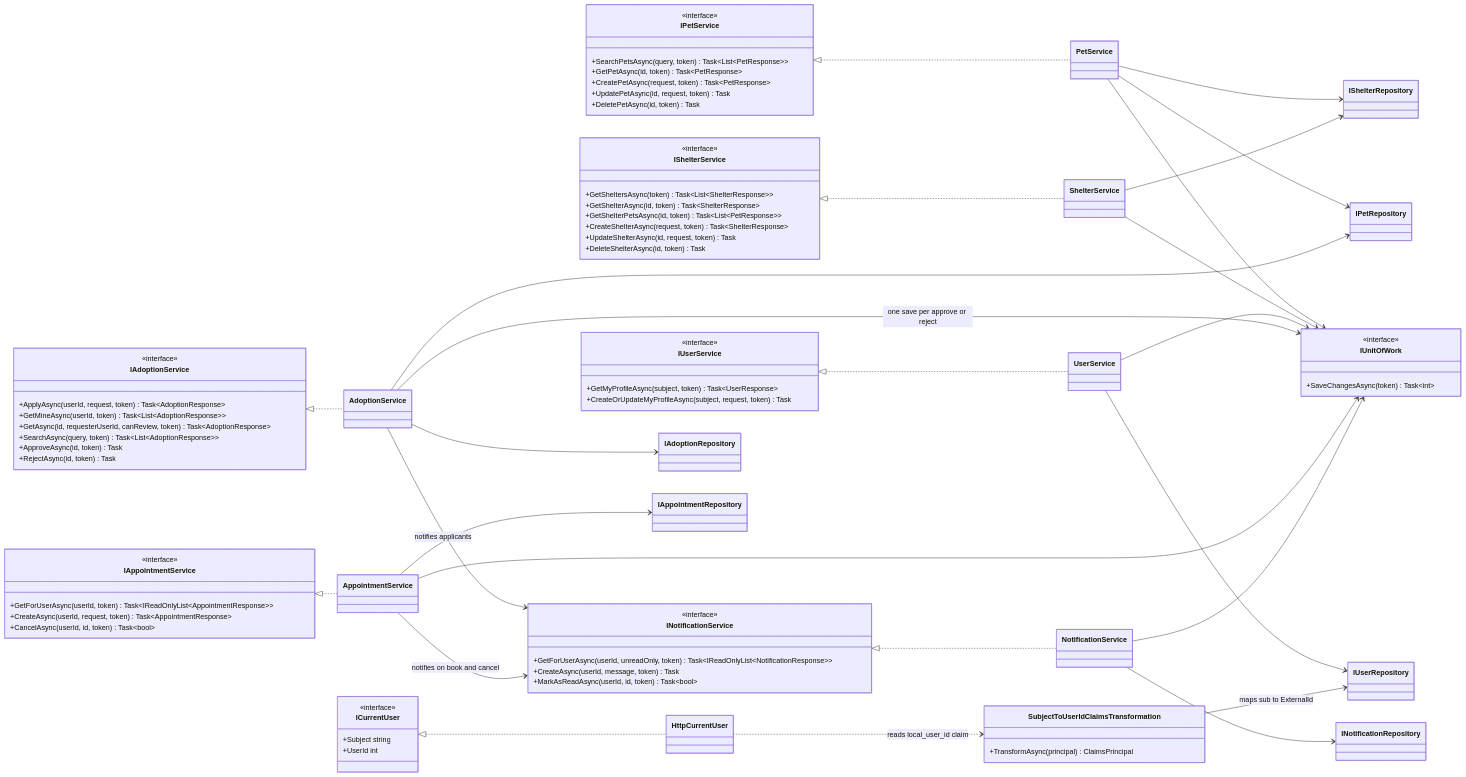
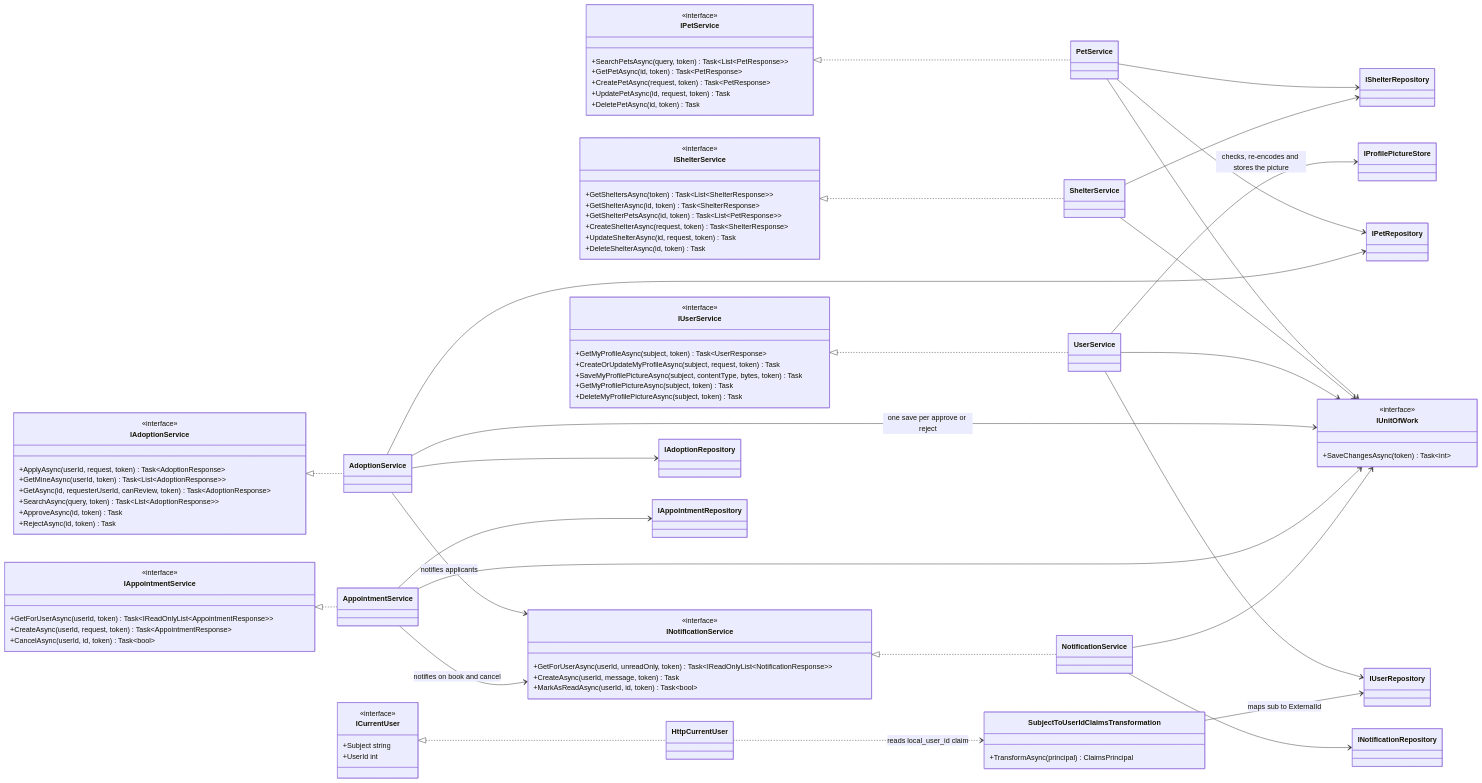
Before and after one commit to AidinYaseri/Team-5-Web-Programming: the diagram in docs/diagrams/services-class-diagram.mmd, drawn with Mermaid. The commit also changed 7 other files, not shown here.

Commit message:
#43: update README, auth.md and diagrams for Milestone 4

```diff
--- a/docs/diagrams/services-class-diagram.mmd
+++ b/docs/diagrams/services-class-diagram.mmd
@@ -1,85 +1,89 @@
 classDiagram
     direction LR
 
     class IPetService {
         <<interface>>
         +SearchPetsAsync(query, token) Task~List~PetResponse~~
         +GetPetAsync(id, token) Task~PetResponse~
         +CreatePetAsync(request, token) Task~PetResponse~
         +UpdatePetAsync(id, request, token) Task
         +DeletePetAsync(id, token) Task
     }
     class IShelterService {
         <<interface>>
         +GetSheltersAsync(token) Task~List~ShelterResponse~~
         +GetShelterAsync(id, token) Task~ShelterResponse~
         +GetShelterPetsAsync(id, token) Task~List~PetResponse~~
         +CreateShelterAsync(request, token) Task~ShelterResponse~
         +UpdateShelterAsync(id, request, token) Task
         +DeleteShelterAsync(id, token) Task
     }
     class IUserService {
         <<interface>>
         +GetMyProfileAsync(subject, token) Task~UserResponse~
         +CreateOrUpdateMyProfileAsync(subject, request, token) Task
+        +SaveMyProfilePictureAsync(subject, contentType, bytes, token) Task
+        +GetMyProfilePictureAsync(subject, token) Task
+        +DeleteMyProfilePictureAsync(subject, token) Task
     }
     class IAdoptionService {
         <<interface>>
         +ApplyAsync(userId, request, token) Task~AdoptionResponse~
         +GetMineAsync(userId, token) Task~List~AdoptionResponse~~
         +GetAsync(id, requesterUserId, canReview, token) Task~AdoptionResponse~
         +SearchAsync(query, token) Task~List~AdoptionResponse~~
         +ApproveAsync(id, token) Task
         +RejectAsync(id, token) Task
     }
     class IAppointmentService {
         <<interface>>
         +GetForUserAsync(userId, token) Task~IReadOnlyList~AppointmentResponse~~
         +CreateAsync(userId, request, token) Task~AppointmentResponse~
         +CancelAsync(userId, id, token) Task~bool~
     }
     class INotificationService {
         <<interface>>
         +GetForUserAsync(userId, unreadOnly, token) Task~IReadOnlyList~NotificationResponse~~
         +CreateAsync(userId, message, token) Task
         +MarkAsReadAsync(userId, id, token) Task~bool~
     }
     class ICurrentUser {
         <<interface>>
         +Subject string
         +UserId int
     }
     class SubjectToUserIdClaimsTransformation {
         +TransformAsync(principal) ClaimsPrincipal
     }
     class IUnitOfWork {
         <<interface>>
         +SaveChangesAsync(token) Task~int~
     }
 
     IPetService <|.. PetService
     IShelterService <|.. ShelterService
     IUserService <|.. UserService
     IAdoptionService <|.. AdoptionService
     IAppointmentService <|.. AppointmentService
     INotificationService <|.. NotificationService
     ICurrentUser <|.. HttpCurrentUser
 
     PetService --> IPetRepository
     PetService --> IShelterRepository
     ShelterService --> IShelterRepository
     UserService --> IUserRepository
+    UserService --> IProfilePictureStore : checks, re-encodes and stores the picture
     AdoptionService --> IAdoptionRepository
     AdoptionService --> IPetRepository
     AdoptionService --> INotificationService : notifies applicants
     AppointmentService --> IAppointmentRepository
     AppointmentService --> INotificationService : notifies on book and cancel
     NotificationService --> INotificationRepository
     PetService --> IUnitOfWork
     ShelterService --> IUnitOfWork
     UserService --> IUnitOfWork
     AdoptionService --> IUnitOfWork : one save per approve or reject
     AppointmentService --> IUnitOfWork
     NotificationService --> IUnitOfWork
     SubjectToUserIdClaimsTransformation --> IUserRepository : maps sub to ExternalId
     HttpCurrentUser ..> SubjectToUserIdClaimsTransformation : reads local_user_id claim
```
